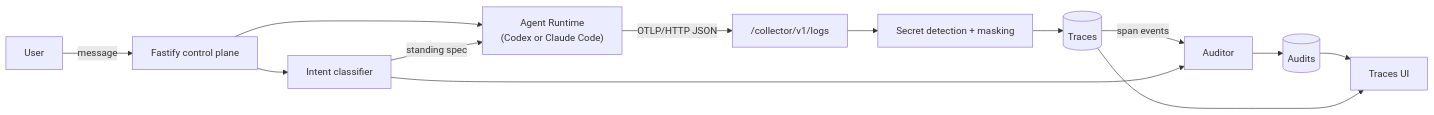
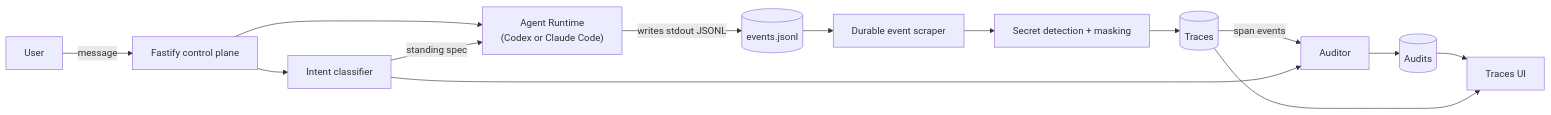
One commit to Not-jovan/Monkey changed the diagram in docs/GLASS_BOX.md. Above: the diagram before and after it, drawn with Mermaid. The commit also changed other lines of this file and 19 other files, not shown here.

````diff
--- a/docs/GLASS_BOX.md
+++ b/docs/GLASS_BOX.md
@@ -13,15 +13,16 @@
 ```mermaid
 flowchart LR
     User["User"] -->|message| API["Fastify control plane"]
     API --> Intent["Intent classifier"]
     API --> Runtime["Agent Runtime\n(Codex or Claude Code)"]
     Intent -->|standing spec| Runtime
-    Runtime -->|OTLP/HTTP JSON| Collector["/collector/v1/logs"]
-    Collector --> Redact["Secret detection + masking"]
+    Runtime -->|writes stdout JSONL| EventFile[("events.jsonl")]
+    EventFile --> Scraper["Durable event scraper"]
+    Scraper --> Redact["Secret detection + masking"]
     Redact --> Traces[("Traces")]
     Traces -->|span events| Audit["Auditor"]
     Intent --> Audit
     Audit --> Audits[("Audits")]
     Audits --> UI["Traces UI"]
     Traces --> UI
 ```
````
